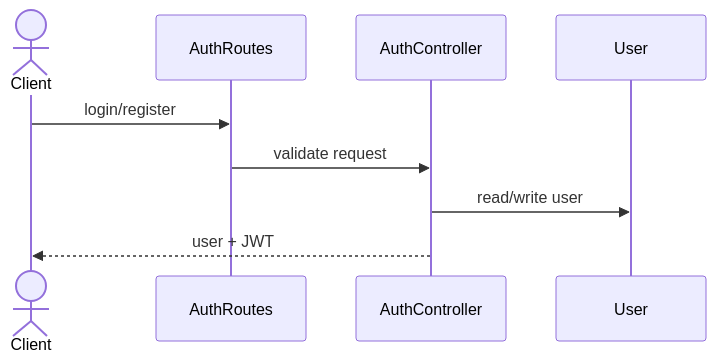
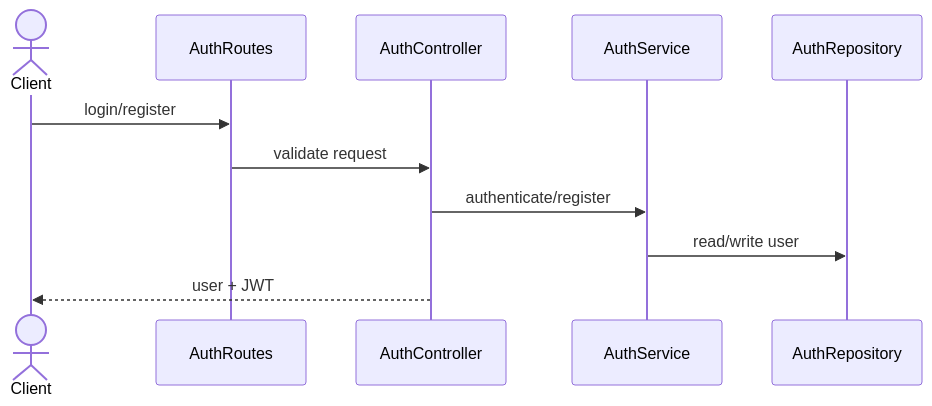
The diagram in docs/sequences/authentication.md (harglimpublisherswebcred-ux/harglimpublish-backend), drawn with Mermaid before and after one commit. The commit also changed 67 other files, not shown here.

````diff
--- a/docs/sequences/authentication.md
+++ b/docs/sequences/authentication.md
@@ -3,8 +3,9 @@
 ```mermaid
 sequenceDiagram
   actor Client
   Client->>AuthRoutes: login/register
   AuthRoutes->>AuthController: validate request
-  AuthController->>User: read/write user
+  AuthController->>AuthService: authenticate/register
+  AuthService->>AuthRepository: read/write user
   AuthController-->>Client: user + JWT
 ```
````
